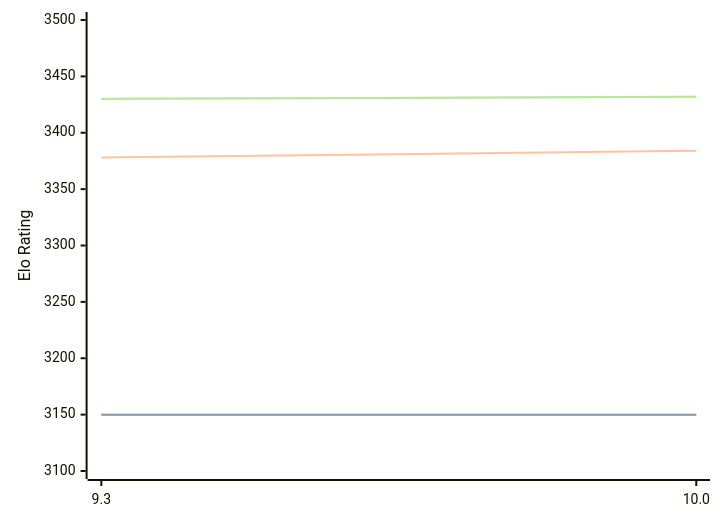
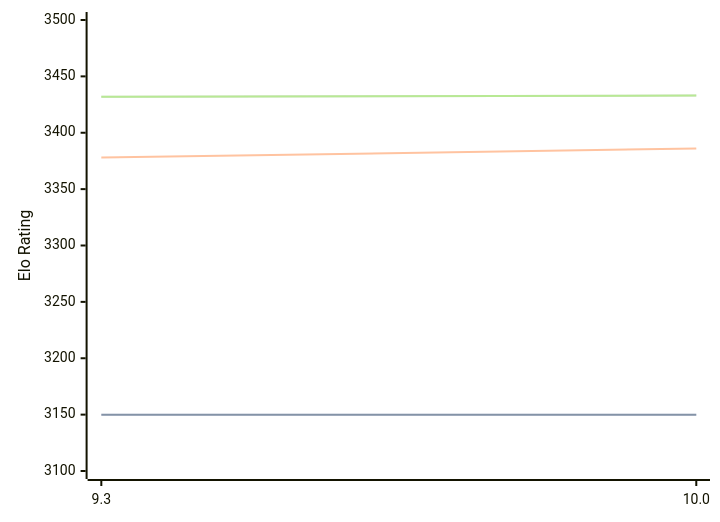
One commit to computer-chess-index/cci changed the diagram in engines/Fire.md. Above: the diagram before and after it, drawn with Mermaid. The commit also changed other lines of this file, not shown here.

Commit message:
Update CCI Ratings (ELO VLTC) - 2026-09-13

````diff
--- a/engines/Fire.md
+++ b/engines/Fire.md
@@ -32,11 +32,11 @@
 ```mermaid
 %%{init: {"theme":"base","themeVariables":{"seriesColors:['#a3a3a3','#222221','#faa371']}}}%%
 xychart-beta
   x-axis ["9.3", "10.0"]
   y-axis "Elo Rating" 3100 --> 3500
   line "" [3150, 3150]
   line "STC (8.0+0.08s)" [3150, 3150]
-  line "LTC (60.0+0.60s)" [3378, 3384]
-  line "" [3430, 3432]
-  line "VLTC (2m24s+1.12s)" [3430, 3432]
+  line "LTC (60.0+0.60s)" [3378, 3386]
+  line "" [3432, 3433]
+  line "VLTC (2m24s+1.12s)" [3432, 3433]
 ```
````
